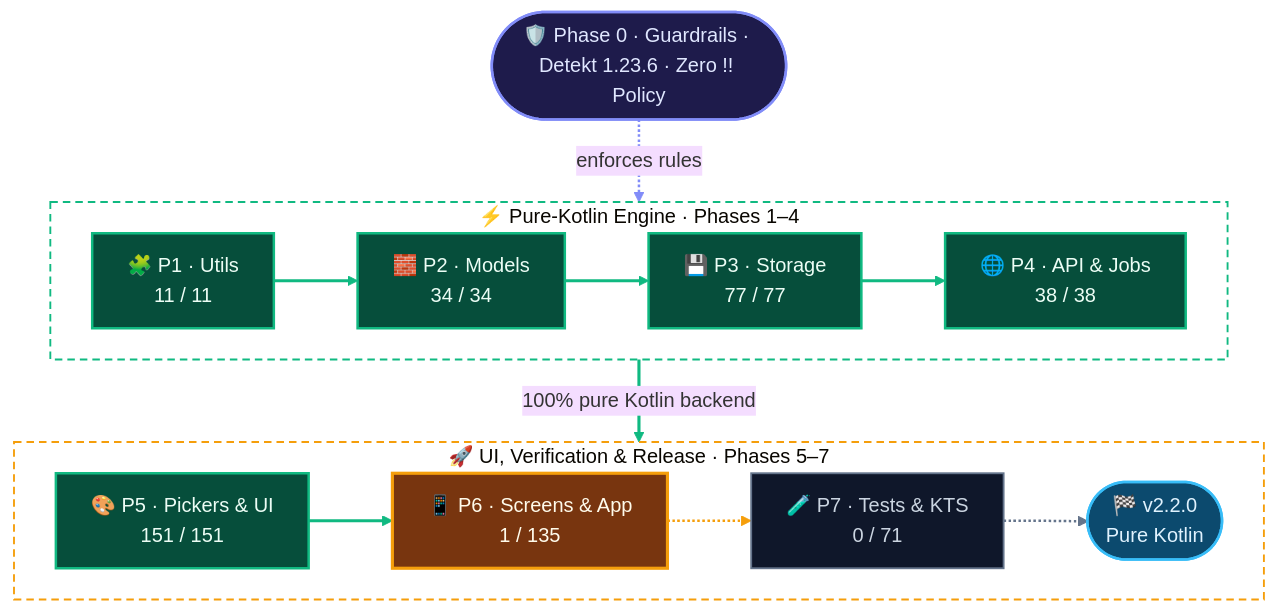
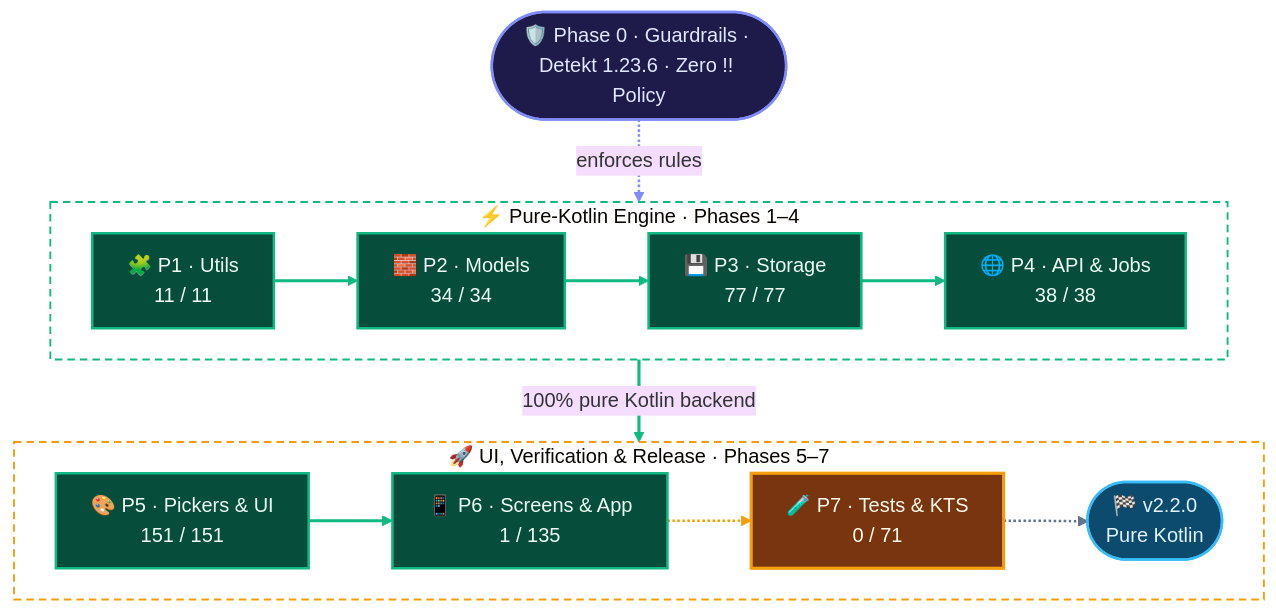
The first of 2 diagrams in KOTLIN_MIGRATION.mdx (solomonrajan/cashledger), drawn with Mermaid (base theme) before and after one commit. The commit also changed other lines of this file and 11 other files, not shown here.

Commit message:
feat(app): migrate top-level activities and App class to Kotlin (Sub-phase 6G)

````diff
--- a/KOTLIN_MIGRATION.mdx
+++ b/KOTLIN_MIGRATION.mdx
@@ -61,32 +61,32 @@
 ```mermaid
 %%{init: {"flowchart": {"curve": "basis", "nodeSpacing": 30, "rankSpacing": 42, "padding": 14}}}%%
 flowchart TB
     classDef gate fill:#1E1B4B,stroke:#818CF8,stroke-width:2px,color:#E0E7FF
     classDef complete fill:#064E3B,stroke:#10B981,stroke-width:2px,color:#ECFDF5
     classDef inprog fill:#78350F,stroke:#F59E0B,stroke-width:2.5px,color:#FFFBEB
     classDef pending fill:#0F172A,stroke:#64748B,stroke-width:1.5px,color:#CBD5E1
     classDef release fill:#0C4A6E,stroke:#38BDF8,stroke-width:2px,color:#E0F2FE
 
     P0(["🛡️ Phase 0 · Guardrails · Detekt 1.23.6 · Zero !! Policy"]):::gate
 
     subgraph CORE["⚡ Pure-Kotlin Engine · Phases 1–4"]
         direction LR
         P1["🧩 P1 · Utils<br/>11 / 11"]:::complete ==> P2["🧱 P2 · Models<br/>34 / 34"]:::complete ==> P3["💾 P3 · Storage<br/>77 / 77"]:::complete ==> P4["🌐 P4 · API & Jobs<br/>38 / 38"]:::complete
     end
 
     subgraph APP["🚀 UI, Verification & Release · Phases 5–7"]
         direction LR
-        P5["🎨 P5 · Pickers & UI<br/>151 / 151"]:::complete --> P6["📱 P6 · Screens & App<br/>1 / 135"]:::inprog -.-> P7["🧪 P7 · Tests & KTS<br/>0 / 71"]:::pending -.-> TARGET(["🏁 v2.2.0<br/>Pure Kotlin"]):::release
+        P5["🎨 P5 · Pickers & UI<br/>151 / 151"]:::complete --> P6["📱 P6 · Screens & App<br/>1 / 135"]:::complete -.-> P7["🧪 P7 · Tests & KTS<br/>0 / 71"]:::inprog -.-> TARGET(["🏁 v2.2.0<br/>Pure Kotlin"]):::release
     end
 
     P0 -. enforces rules .-> CORE
     CORE ==>|100% pure Kotlin backend| APP
 
     style CORE fill:none,stroke:#10B981,stroke-width:1.5px,stroke-dasharray:6 4
     style APP fill:none,stroke:#F59E0B,stroke-width:1.5px,stroke-dasharray:6 4
 
     linkStyle 0,1,2,3,7 stroke:#10B981,stroke-width:2.5px
     linkStyle 4 stroke:#F59E0B,stroke-width:2px
     linkStyle 5 stroke:#64748B,stroke-width:2px
     linkStyle 6 stroke:#818CF8,stroke-width:2px
 ```
````
